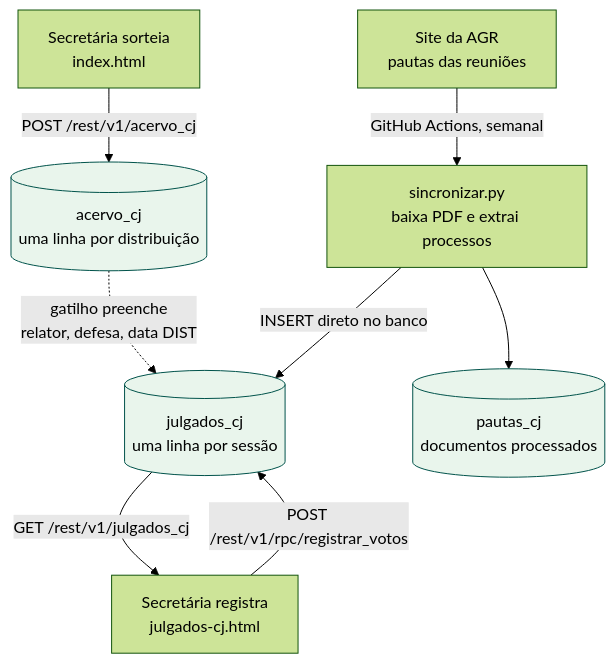
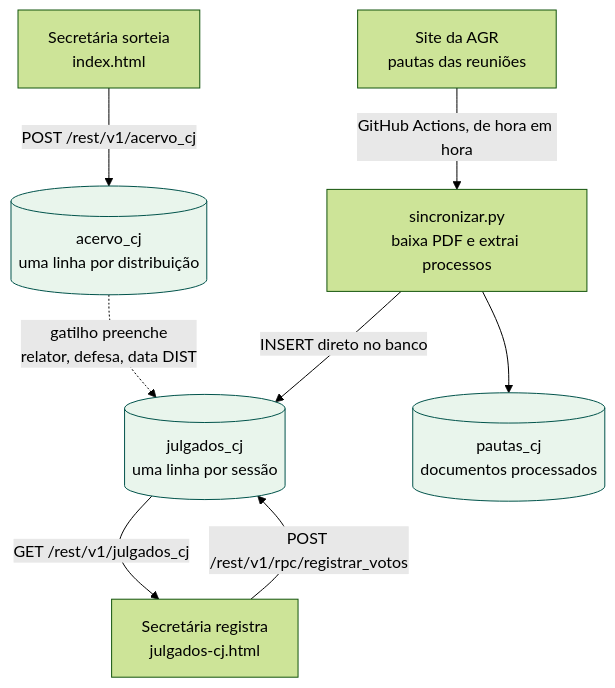
Before and after one commit to thelustosa/sorteio-sei: the first of 5 diagrams in FLUXO-CJ.md, drawn with Mermaid (forest theme). The commit also changed other lines of this file and 4 other files, not shown here.

Commit message:
fix(actions): aumentar frequência das sincronizações da AGR

````diff
--- a/FLUXO-CJ.md
+++ b/FLUXO-CJ.md
@@ -21,14 +21,14 @@
 ```mermaid
 flowchart TD
     A["Secretária sorteia<br/>index.html"] -->|"POST /rest/v1/acervo_cj"| B[("acervo_cj<br/>uma linha por distribuição")]
-    C["Site da AGR<br/>pautas das reuniões"] -->|"GitHub Actions, semanal"| D["sincronizar.py<br/>baixa PDF e extrai processos"]
+    C["Site da AGR<br/>pautas das reuniões"] -->|"GitHub Actions, de hora em hora"| D["sincronizar.py<br/>baixa PDF e extrai processos"]
     D -->|"INSERT direto no banco"| E[("julgados_cj<br/>uma linha por sessão")]
     D --> F[("pautas_cj<br/>documentos processados")]
     B -.->|"gatilho preenche<br/>relator, defesa, data DIST"| E
     E -->|"GET /rest/v1/julgados_cj"| G["Secretária registra<br/>julgados-cj.html"]
     G -->|"POST /rest/v1/rpc/registrar_votos"| E
 
     style B fill:#E9F5EC,stroke:#00534b
     style E fill:#E9F5EC,stroke:#00534b
     style F fill:#E9F5EC,stroke:#00534b
 ```
````
